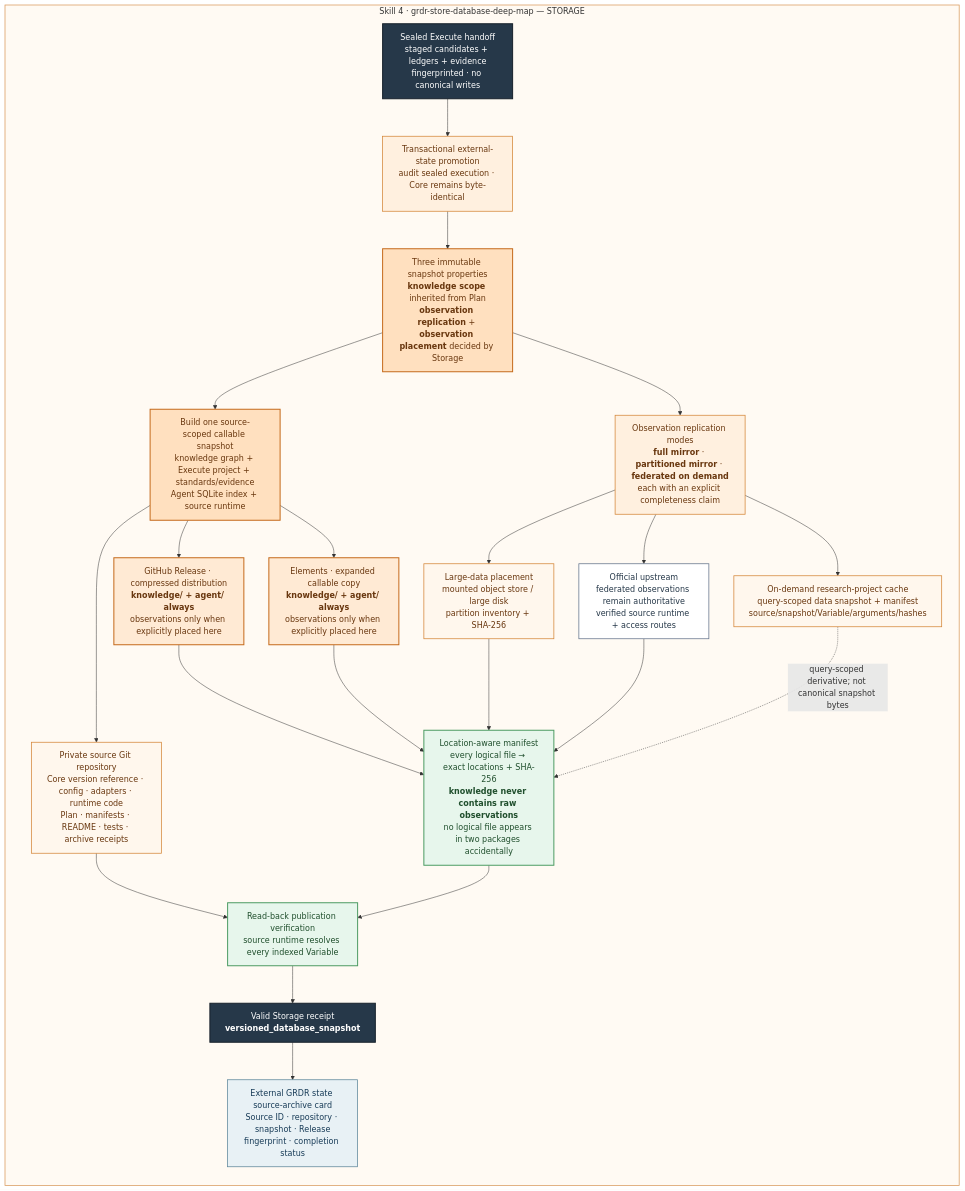
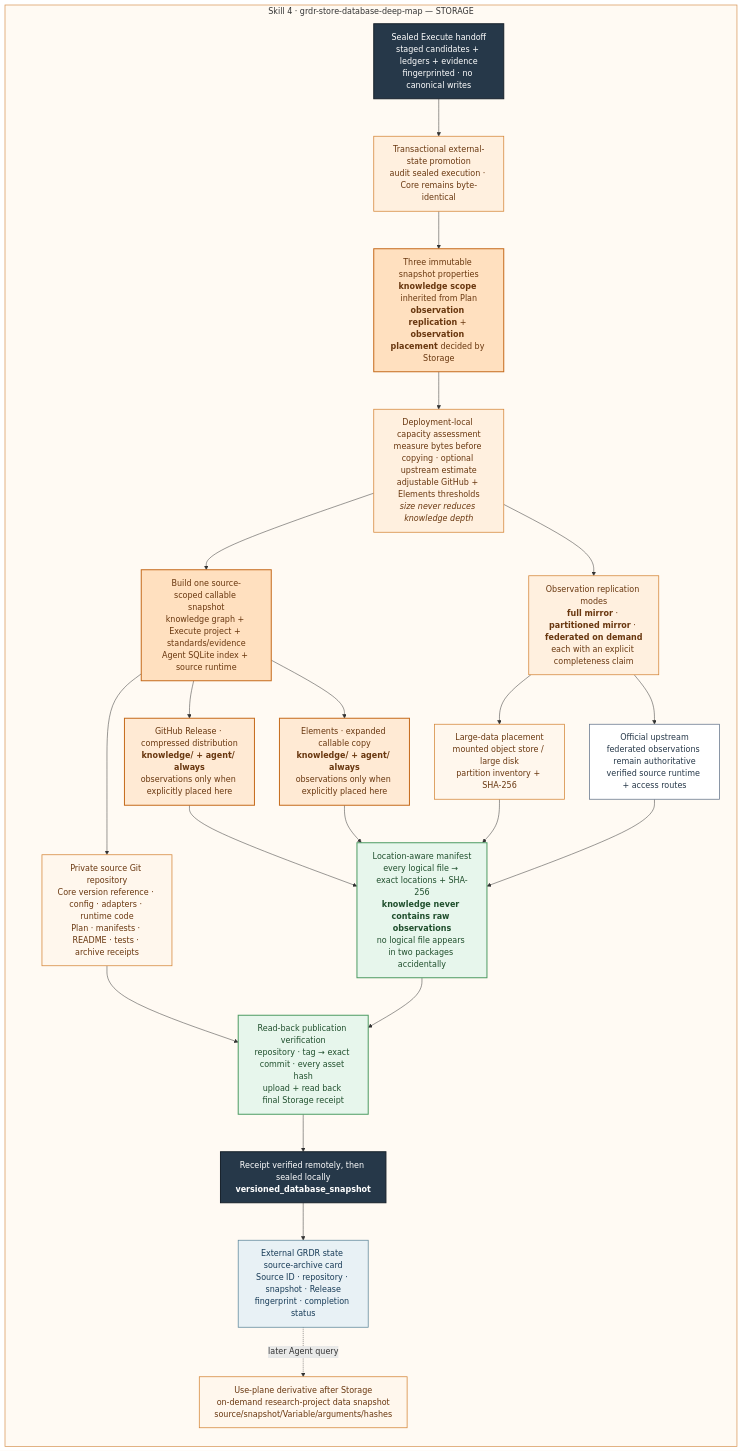
Before and after one commit to yangyuezh/grdr-core-version-archive: the fourth of 5 diagrams in README.md, drawn with Mermaid. The commit also changed other lines of this file and 26 other files, not shown here.

Commit message:
release: harden GRDR Core v4.2.0 storage and runtime

````diff
--- a/README.md
+++ b/README.md
@@ -166,50 +166,50 @@
 ```mermaid
 flowchart TB
         SEALED["Sealed Execute handoff<br/>staged candidates + ledgers + evidence<br/>fingerprinted · no canonical writes"]:::handoff
 
         subgraph STORAGE["Skill 4 · grdr-store-database-deep-map — STORAGE"]
             direction TB
             S_PROMOTE["Transactional external-state promotion<br/>audit sealed execution · Core remains byte-identical"]:::storage
             S_PROFILE["Three immutable snapshot properties<br/><b>knowledge scope</b> inherited from Plan<br/><b>observation replication</b> + <b>observation placement</b> decided by Storage"]:::storageStrong
+            S_CAPACITY["Deployment-local capacity assessment<br/>measure bytes before copying · optional upstream estimate<br/>adjustable GitHub + Elements thresholds<br/><i>size never reduces knowledge depth</i>"]:::storage
             S_PACKAGE["Build one source-scoped callable snapshot<br/>knowledge graph + Execute project + standards/evidence<br/>Agent SQLite index + source runtime"]:::storageStrong
             S_MODES["Observation replication modes<br/><b>full mirror</b> · <b>partitioned mirror</b> · <b>federated on demand</b><br/>each with an explicit completeness claim"]:::storage
 
             S_REPO["Private source Git repository<br/>Core version reference · config · adapters · runtime code<br/>Plan · manifests · README · tests · archive receipts"]:::artifact
             S_RELEASE["GitHub Release · compressed distribution<br/><b>knowledge/ + agent/ always</b><br/>observations only when explicitly placed here"]:::artifactStrong
             S_ELEMENTS["Elements · expanded callable copy<br/><b>knowledge/ + agent/ always</b><br/>observations only when explicitly placed here"]:::artifactStrong
             S_LARGE["Large-data placement<br/>mounted object store / large disk<br/>partition inventory + SHA-256"]:::artifact
             S_UPSTREAM["Official upstream<br/>federated observations remain authoritative<br/>verified source runtime + access routes"]:::external
-            S_CACHE["On-demand research-project cache<br/>query-scoped data snapshot + manifest<br/>source/snapshot/Variable/arguments/hashes"]:::artifact
+            S_CACHE["Use-plane derivative after Storage<br/>on-demand research-project data snapshot<br/>source/snapshot/Variable/arguments/hashes"]:::artifact
             S_MANIFEST["Location-aware manifest<br/>every logical file → exact locations + SHA-256<br/><b>knowledge never contains raw observations</b><br/>no logical file appears in two packages accidentally"]:::verify
-            S_VERIFY["Read-back publication verification<br/>source runtime resolves every indexed Variable"]:::verify
-            S_RECEIPT["Valid Storage receipt<br/><b>versioned_database_snapshot</b>"]:::handoff
+            S_VERIFY["Read-back publication verification<br/>repository · tag → exact commit · every asset hash<br/>upload + read back final Storage receipt"]:::verify
+            S_RECEIPT["Receipt verified remotely, then sealed locally<br/><b>versioned_database_snapshot</b>"]:::handoff
             S_CARD["External GRDR state source-archive card<br/>Source ID · repository · snapshot · Release<br/>fingerprint · completion status"]:::shared
 
-            SEALED --> S_PROMOTE --> S_PROFILE --> S_PACKAGE
-            S_PROFILE --> S_MODES
+            SEALED --> S_PROMOTE --> S_PROFILE --> S_CAPACITY --> S_PACKAGE
+            S_CAPACITY --> S_MODES
             S_PACKAGE --> S_REPO
             S_PACKAGE --> S_RELEASE
             S_PACKAGE --> S_ELEMENTS
             S_MODES --> S_LARGE
             S_MODES --> S_UPSTREAM
-            S_MODES --> S_CACHE
             S_RELEASE --> S_MANIFEST
             S_ELEMENTS --> S_MANIFEST
             S_LARGE --> S_MANIFEST
             S_UPSTREAM --> S_MANIFEST
-            S_CACHE -. "query-scoped derivative; not canonical snapshot bytes" .-> S_MANIFEST
             S_REPO --> S_VERIFY
             S_MANIFEST --> S_VERIFY
             S_VERIFY --> S_RECEIPT --> S_CARD
+            S_CARD -. "later Agent query" .-> S_CACHE
         end
 
     classDef shared fill:#E8F1F5,stroke:#5E879A,color:#173B57,stroke-width:1.5px;
     classDef handoff fill:#263849,stroke:#17212B,color:#FFFFFF,stroke-width:2px;
     classDef storage fill:#FFF0DF,stroke:#D48638,color:#69370F,stroke-width:1.5px;
     classDef storageStrong fill:#FFE0BF,stroke:#C56A1B,color:#69370F,stroke-width:2px;
     classDef artifact fill:#FFF7ED,stroke:#D48638,color:#69370F,stroke-width:1.5px;
     classDef artifactStrong fill:#FFEAD4,stroke:#C56A1B,color:#69370F,stroke-width:2px;
     classDef external fill:#FFFFFF,stroke:#64748B,color:#263849,stroke-width:1.5px;
     classDef verify fill:#E7F6EC,stroke:#4D9B63,color:#204F2D,stroke-width:2px;
     style STORAGE fill:#FFFAF3,stroke:#D99A5D,stroke-width:1.5px
 ```
````
